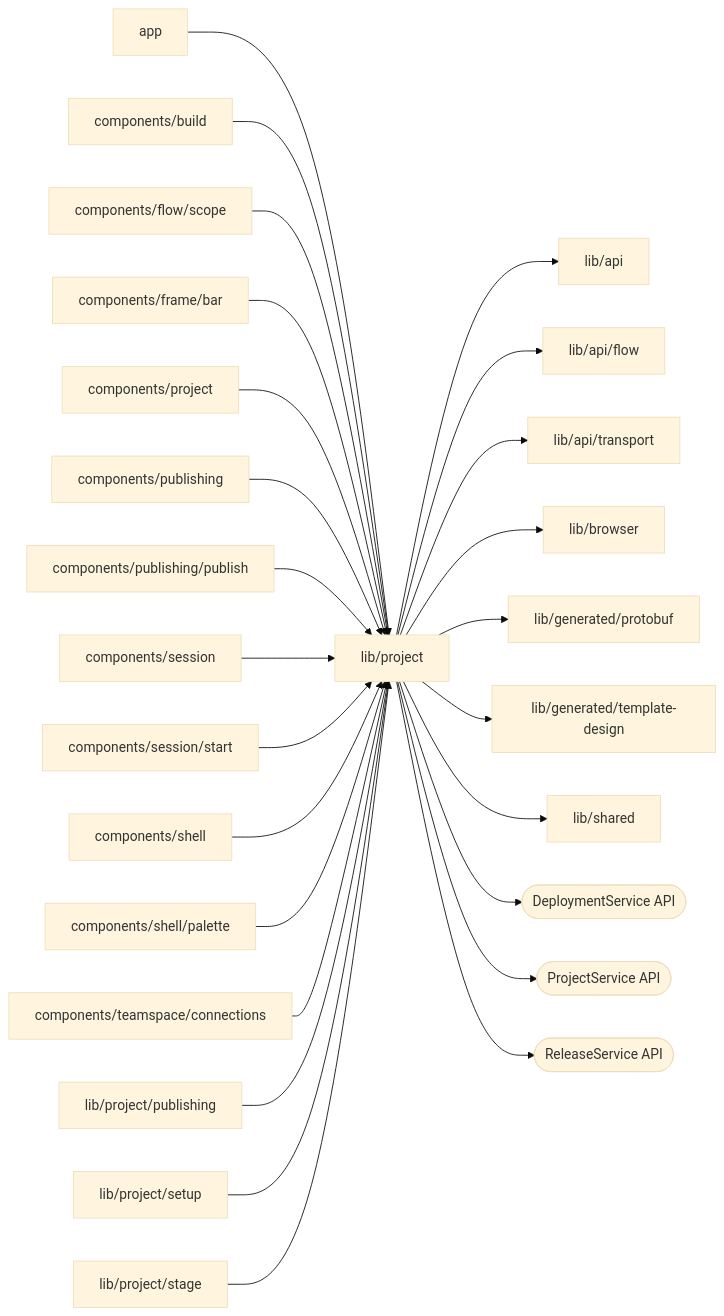
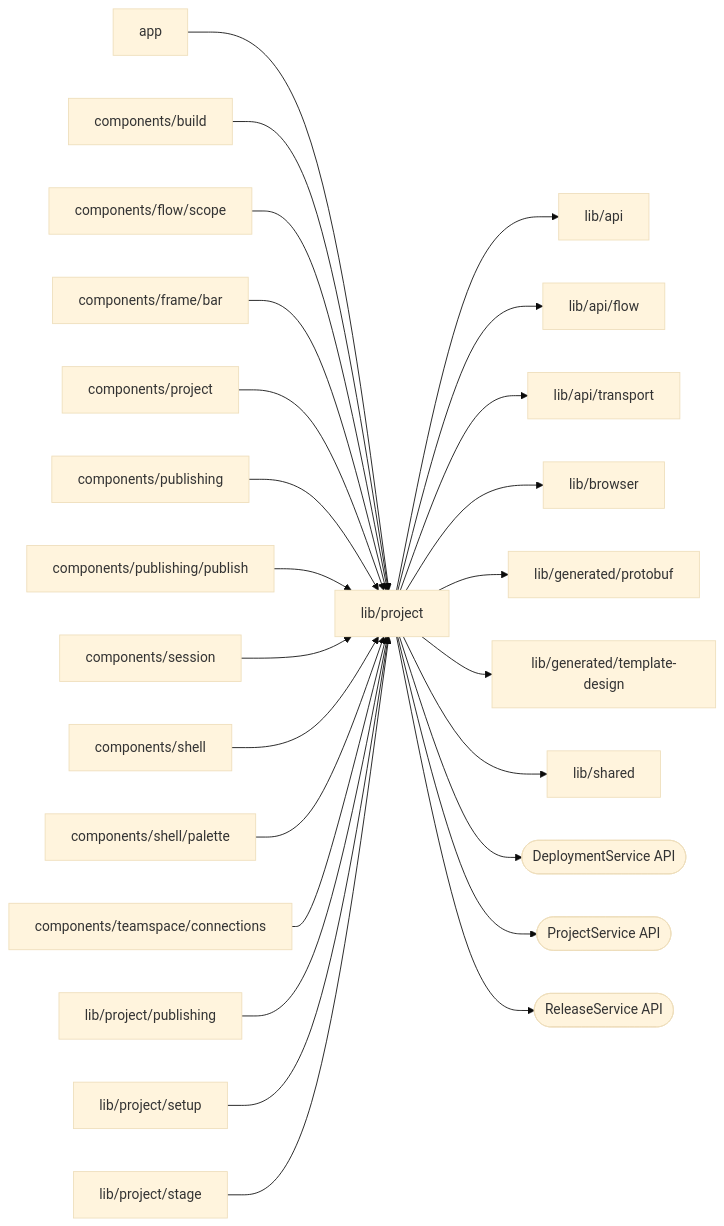
The diagram in web/studio/lib/project/README.md (superdurable/superverse), drawn with Mermaid (base theme) before and after one commit. The commit also changed other lines of this file and 162 other files, not shown here.

````diff
--- a/web/studio/lib/project/README.md
+++ b/web/studio/lib/project/README.md
@@ -10,29 +10,28 @@
 ```mermaid
 flowchart LR
   self["lib/project"]
   c0["app"] --> self
   c1["components/build"] --> self
   c2["components/flow/scope"] --> self
   c3["components/frame/bar"] --> self
   c4["components/project"] --> self
   c5["components/publishing"] --> self
   c6["components/publishing/publish"] --> self
   c7["components/session"] --> self
-  c8["components/session/start"] --> self
-  c9["components/shell"] --> self
-  c10["components/shell/palette"] --> self
-  c11["components/teamspace/connections"] --> self
-  c12["lib/project/publishing"] --> self
-  c13["lib/project/setup"] --> self
-  c14["lib/project/stage"] --> self
+  c8["components/shell"] --> self
+  c9["components/shell/palette"] --> self
+  c10["components/teamspace/connections"] --> self
+  c11["lib/project/publishing"] --> self
+  c12["lib/project/setup"] --> self
+  c13["lib/project/stage"] --> self
   self --> d0["lib/api"]
   self --> d1["lib/api/flow"]
   self --> d2["lib/api/transport"]
   self --> d3["lib/browser"]
   self --> d4["lib/generated/protobuf"]
   self --> d5["lib/generated/template-design"]
   self --> d6["lib/shared"]
   self --> e0(["DeploymentService API"])
   self --> e1(["ProjectService API"])
   self --> e2(["ReleaseService API"])
 ```
````
